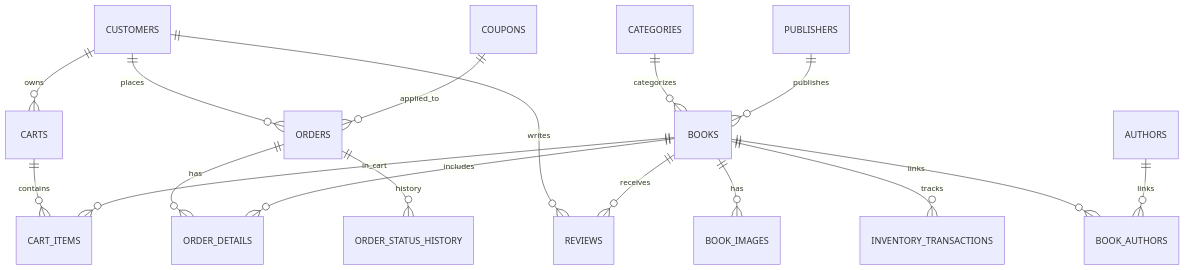
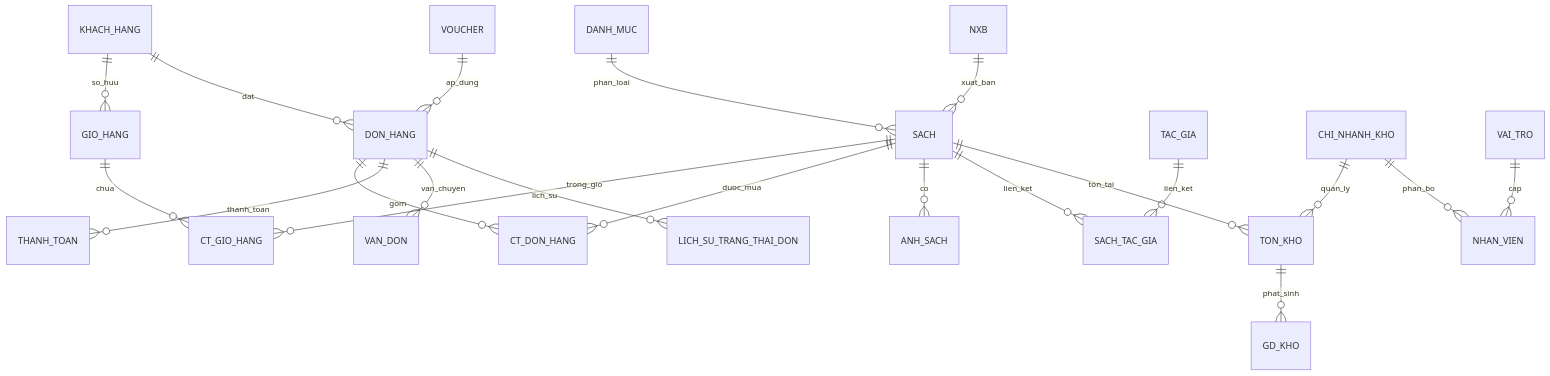
One commit to TienxDun/Oracle_DigiBook changed the second of 4 diagrams in CHUONG_3_Phan_tich_he_thong.md. Above: the diagram before and after it, drawn with Mermaid. The commit also changed other lines of this file and 3 other files, not shown here.

````diff
--- a/CHUONG_3_Phan_tich_he_thong.md
+++ b/CHUONG_3_Phan_tich_he_thong.md
@@ -137,26 +131,29 @@
 ```mermaid
 erDiagram
-  CUSTOMERS ||--o{ CARTS : owns
-  CARTS ||--o{ CART_ITEMS : contains
-  BOOKS ||--o{ CART_ITEMS : in_cart
+  KHACH_HANG ||--o{ GIO_HANG : so_huu
+  GIO_HANG ||--o{ CT_GIO_HANG : chua
+  SACH ||--o{ CT_GIO_HANG : trong_gio
 
-  CUSTOMERS ||--o{ ORDERS : places
-  ORDERS ||--o{ ORDER_DETAILS : has
-  BOOKS ||--o{ ORDER_DETAILS : includes
+  KHACH_HANG ||--o{ DON_HANG : dat
+  DON_HANG ||--o{ CT_DON_HANG : gom
+  SACH ||--o{ CT_DON_HANG : duoc_mua
 
-  BOOKS ||--o{ BOOK_IMAGES : has
-  BOOKS ||--o{ INVENTORY_TRANSACTIONS : tracks
+  DON_HANG ||--o{ THANH_TOAN : thanh_toan
+  DON_HANG ||--o{ VAN_DON : van_chuyen
+  DON_HANG ||--o{ LICH_SU_TRANG_THAI_DON : lich_su
 
-  BOOKS ||--o{ BOOK_AUTHORS : links
-  AUTHORS ||--o{ BOOK_AUTHORS : links
+  VOUCHER ||--o{ DON_HANG : ap_dung
 
-  CATEGORIES ||--o{ BOOKS : categorizes
-  PUBLISHERS ||--o{ BOOKS : publishes
+  DANH_MUC ||--o{ SACH : phan_loai
+  NXB ||--o{ SACH : xuat_ban
+  SACH ||--o{ ANH_SACH : co
+  SACH ||--o{ SACH_TAC_GIA : lien_ket
+  TAC_GIA ||--o{ SACH_TAC_GIA : lien_ket
 
-  COUPONS ||--o{ ORDERS : applied_to
+  CHI_NHANH_KHO ||--o{ TON_KHO : quan_ly
+  SACH ||--o{ TON_KHO : ton_tai
+  TON_KHO ||--o{ GD_KHO : phat_sinh
+  CHI_NHANH_KHO ||--o{ NHAN_VIEN : phan_bo
 
-  CUSTOMERS ||--o{ REVIEWS : writes
-  BOOKS ||--o{ REVIEWS : receives
-
-  ORDERS ||--o{ ORDER_STATUS_HISTORY : history
+  VAI_TRO ||--o{ NHAN_VIEN : cap
 ```
````
